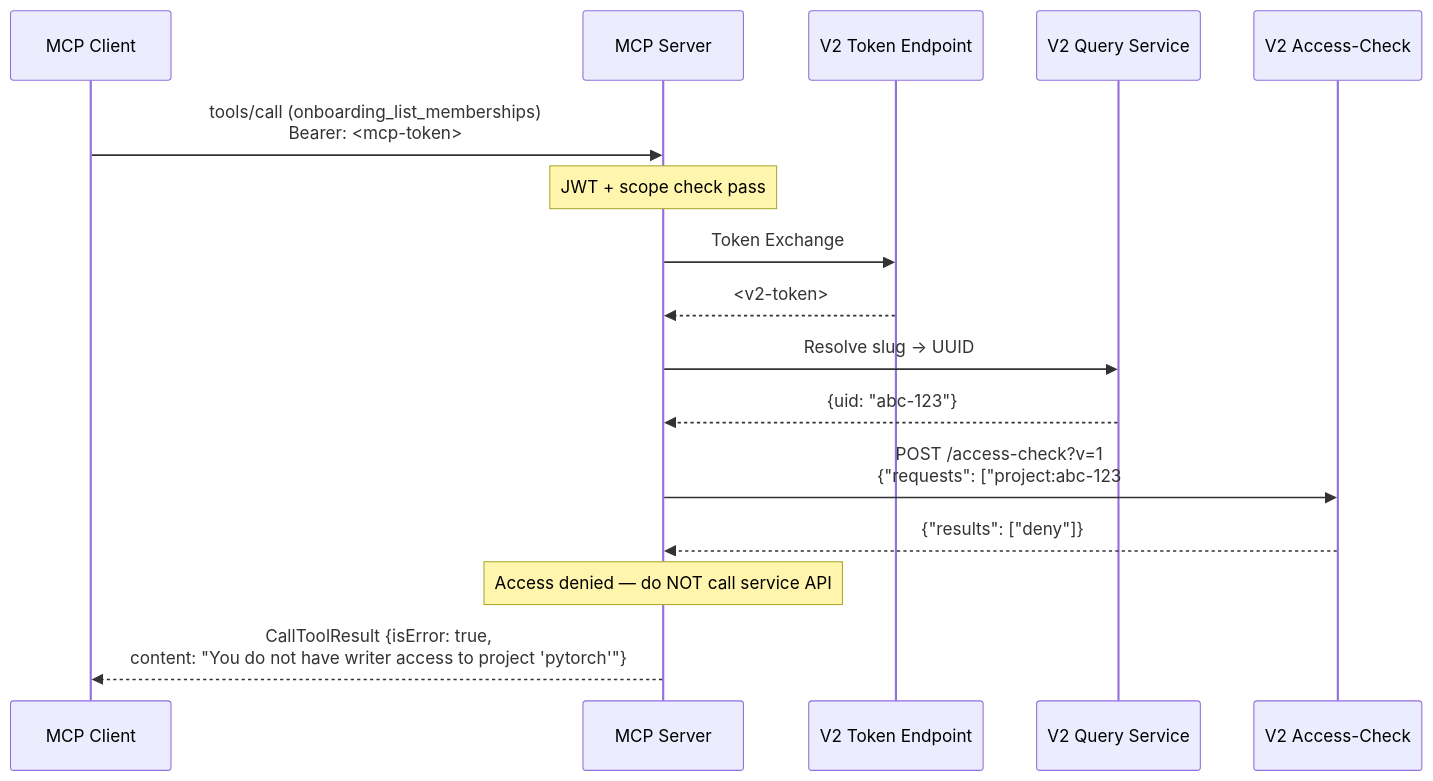
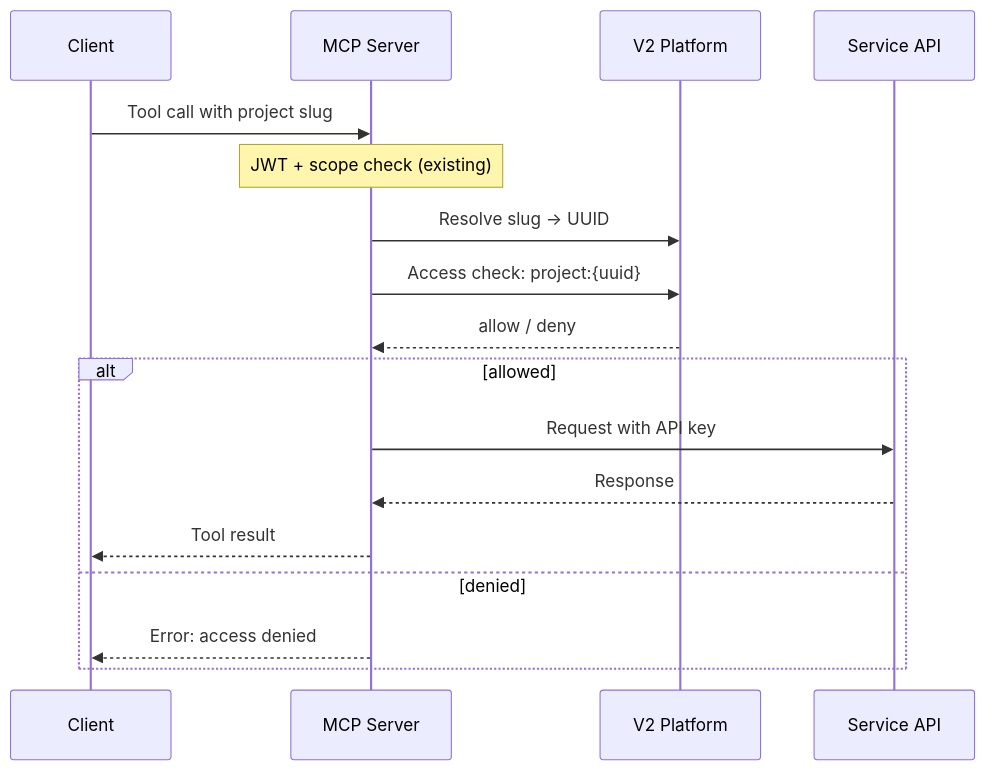
Before and after one commit to linuxfoundation/lfx-mcp: the diagram in docs/architecture-service-api-auth.md, drawn with Mermaid. The commit also changed other lines of this file, not shown here.

First line of the commit message:
Simplify architecture doc — focus on actual tools and flow

````diff
--- a/docs/architecture-service-api-auth.md
+++ b/docs/architecture-service-api-auth.md
@@ -101,25 +32,20 @@
 ```mermaid
 sequenceDiagram
-    participant User as MCP Client
+    participant Client
     participant MCP as MCP Server
-    participant V2Auth as V2 Token Endpoint
-    participant V2Query as V2 Query Service
-    participant V2AC as V2 Access-Check
+    participant V2 as V2 Platform
+    participant Service as Service API
 
-    User->>MCP: tools/call (onboarding_list_memberships)<br/>Bearer: <mcp-token>
-
-    Note over MCP: JWT + scope check pass
-
-    MCP->>V2Auth: Token Exchange
-    V2Auth-->>MCP: <v2-token>
-
-    MCP->>V2Query: Resolve slug → UUID
-    V2Query-->>MCP: {uid: "abc-123"}
-
-    MCP->>V2AC: POST /access-check?v=1<br/>{"requests": ["project:abc-123#writer"]}
-    V2AC-->>MCP: {"results": ["deny"]}
-
-    Note over MCP: Access denied — do NOT call service API
-
-    MCP-->>User: CallToolResult {isError: true,<br/>content: "You do not have writer access to project 'pytorch'"}
+    Client->>MCP: Tool call with project slug
+    Note over MCP: JWT + scope check (existing)
+    MCP->>V2: Resolve slug → UUID
+    MCP->>V2: Access check: project:{uuid}#writer
+    V2-->>MCP: allow / deny
+    alt allowed
+        MCP->>Service: Request with API key
+        Service-->>MCP: Response
+        MCP-->>Client: Tool result
+    else denied
+        MCP-->>Client: Error: access denied
+    end
 ```
````
